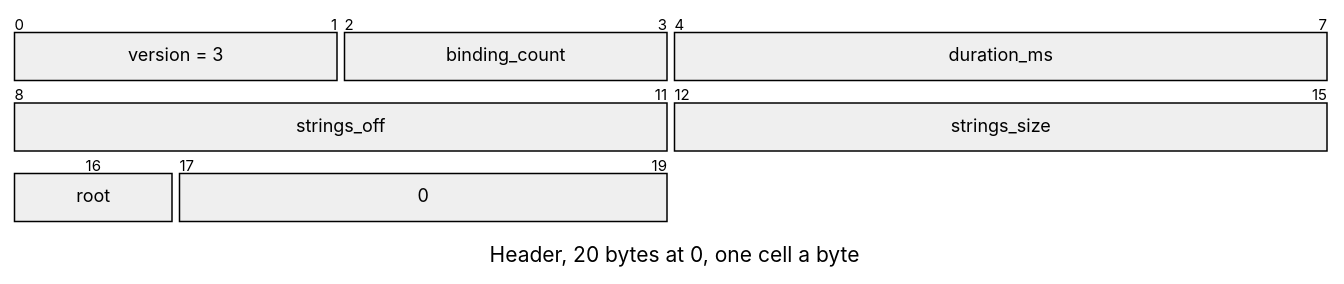
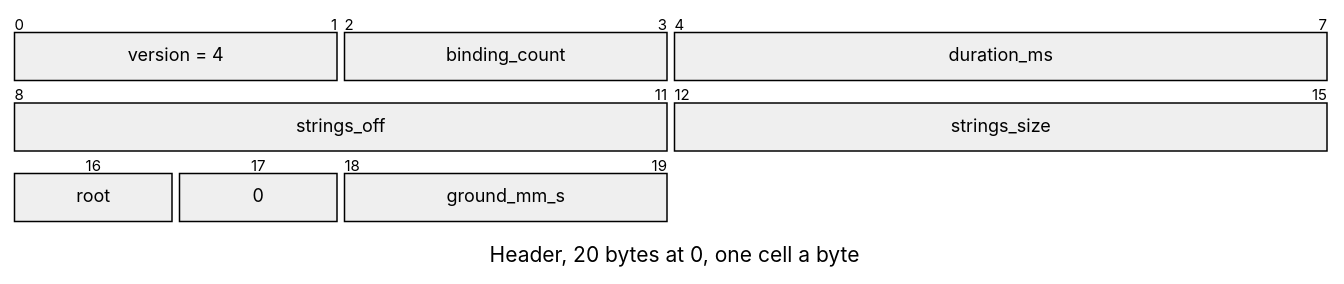
The first of 2 diagrams in docs/assets/formats/TRCK.md (jose-villegas/autana), drawn with Mermaid before and after one commit. The commit also changed other lines of this file and 64 other files, not shown here.

````diff
--- a/docs/assets/formats/TRCK.md
+++ b/docs/assets/formats/TRCK.md
@@ -5,18 +5,19 @@
 ```mermaid
 ---
 config:
-  themeCSS: "g:nth-of-type(2) rect:nth-of-type(1) { fill: #8fb3ee !important; } g:nth-of-type(2) rect:nth-of-type(2) { fill: #93d6b0 !important; } g:nth-of-type(2) rect:nth-of-type(3) { fill: #e3e3e3 !important; } g:nth-of-type(3) rect:nth-of-type(1) { fill: #f4a885 !important; } g:nth-of-type(3) rect:nth-of-type(2) { fill: #93d6b0 !important; } g:nth-of-type(4) rect:nth-of-type(1) { fill: #c7aaee !important; } g:nth-of-type(4) rect:nth-of-type(2) { fill: #ffffff !important; stroke-dasharray: 4 3 !important; } .packetLabel { fill: #1b1b1b !important; }"
+  themeCSS: "g:nth-of-type(2) rect:nth-of-type(1) { fill: #8fb3ee !important; } g:nth-of-type(2) rect:nth-of-type(2) { fill: #93d6b0 !important; } g:nth-of-type(2) rect:nth-of-type(3) { fill: #e3e3e3 !important; } g:nth-of-type(3) rect:nth-of-type(1) { fill: #f4a885 !important; } g:nth-of-type(3) rect:nth-of-type(2) { fill: #93d6b0 !important; } g:nth-of-type(4) rect:nth-of-type(1) { fill: #c7aaee !important; } g:nth-of-type(4) rect:nth-of-type(2) { fill: #ffffff !important; stroke-dasharray: 4 3 !important; } g:nth-of-type(4) rect:nth-of-type(3) { fill: #e3e3e3 !important; } .packetLabel { fill: #1b1b1b !important; }"
   packet:
     bitsPerRow: 8
     bitWidth: 110
 ---
 packet-beta
 title Header, 20 bytes at 0, one cell a byte
-0-1: "version = 3"
+0-1: "version = 4"
 2-3: "binding_count"
 4-7: "duration_ms"
 8-11: "strings_off"
 12-15: "strings_size"
 16: "root"
-17-19: "0"
+17: "0"
+18-19: "ground_mm_s"
 ```
````
